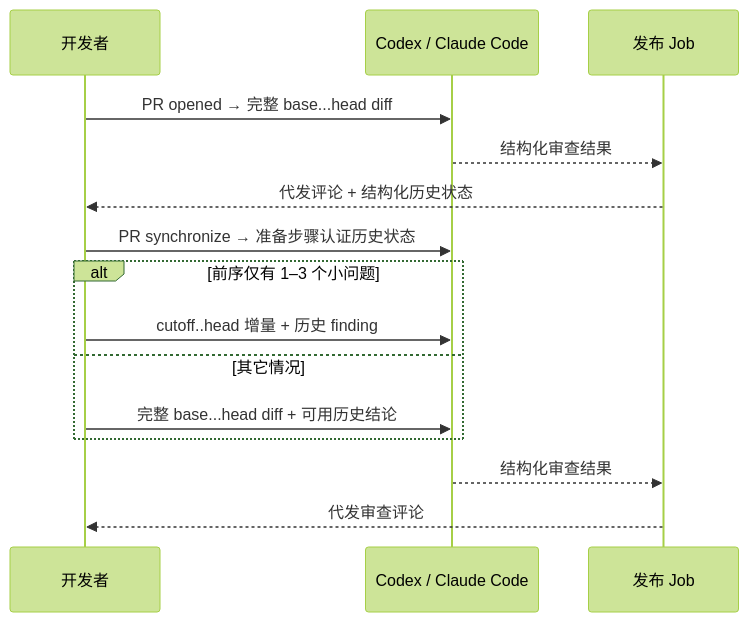
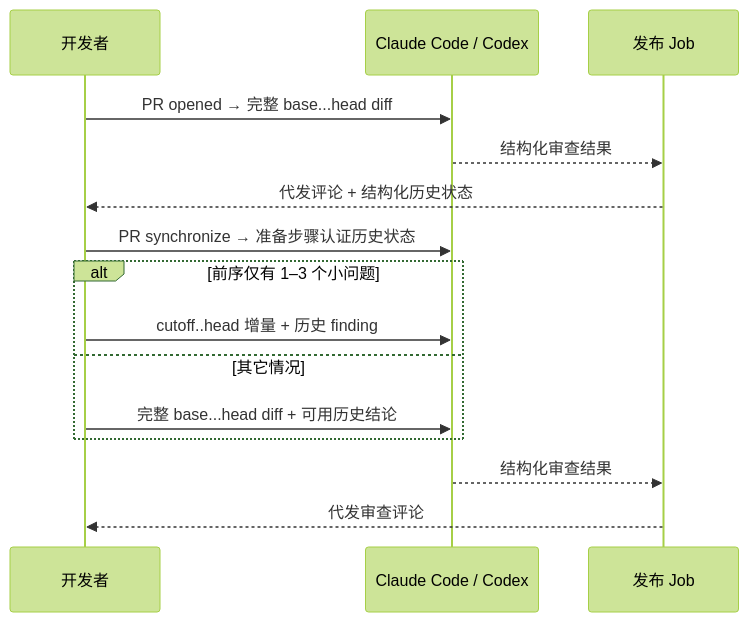
The sixth of 13 diagrams in docs/code-review-design.md (Lightspeed-Intelligence/agentic-workflow-template), drawn with Mermaid (forest theme) before and after one commit. The commit also changed other lines of this file and 13 other files, not shown here.

First line of the commit message:
feat(agentic): 改为 Claude Code 主链路、Codex fallback

````diff
--- a/docs/code-review-design.md
+++ b/docs/code-review-design.md
@@ -220,19 +220,19 @@
 ```mermaid
 sequenceDiagram
     participant Dev as 开发者
-    participant AI as Codex / Claude Code
+    participant AI as Claude Code / Codex
     participant Pub as 发布 Job
 
     Dev->>AI: PR opened → 完整 base...head diff
     AI-->>Pub: 结构化审查结果
     Pub-->>Dev: 代发评论 + 结构化历史状态
 
     Dev->>AI: PR synchronize → 准备步骤认证历史状态
     alt 前序仅有 1–3 个小问题
         Dev->>AI: cutoff..head 增量 + 历史 finding
     else 其它情况
         Dev->>AI: 完整 base...head diff + 可用历史结论
     end
     AI-->>Pub: 结构化审查结果
     Pub-->>Dev: 代发审查评论
 ```
````
